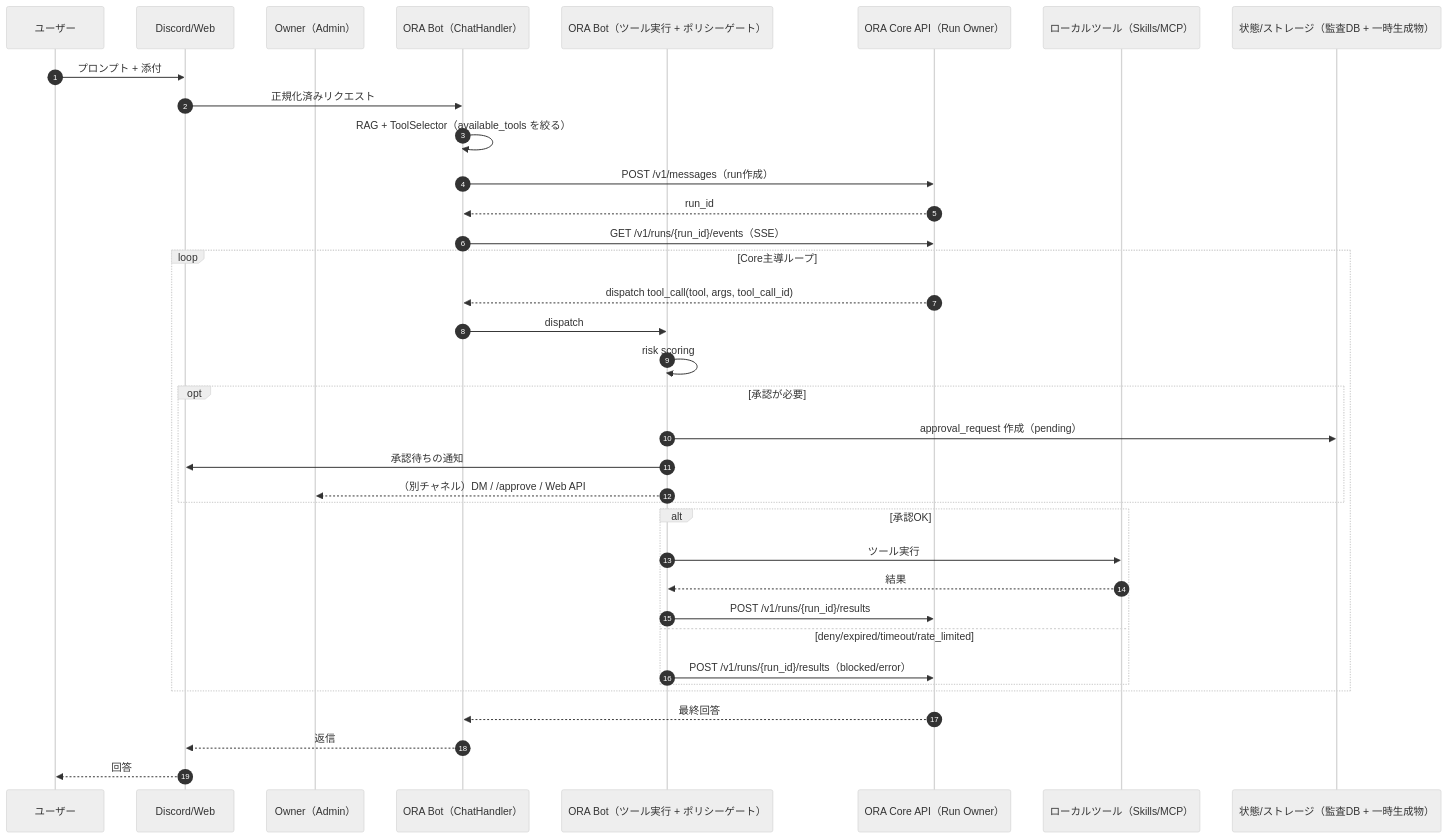
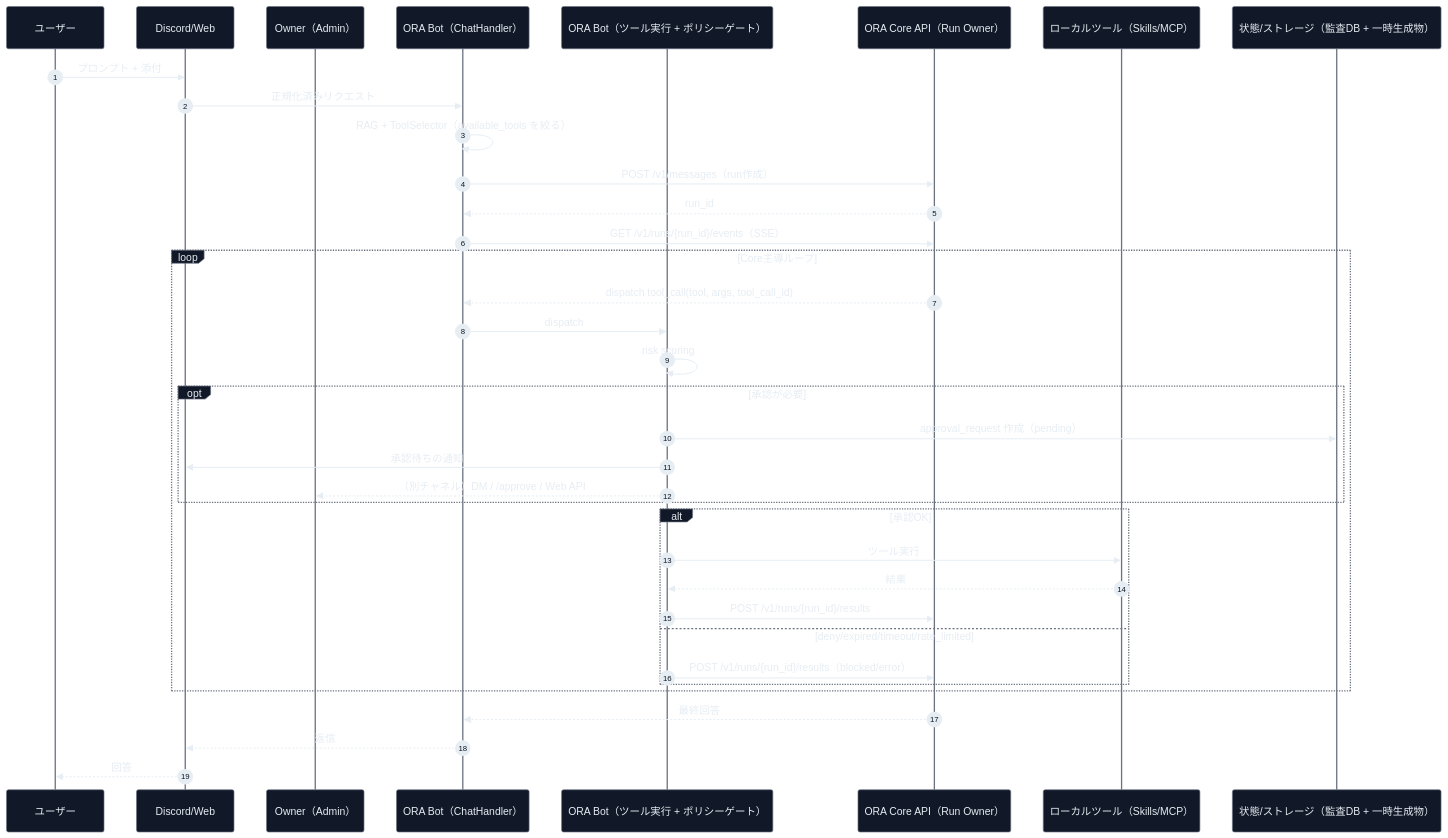
Before and after one commit to YoneRai12/YonerAI: the diagram in README_JP.md, drawn with Mermaid. The commit also changed 1 other file, not shown here.

Commit message:
docs: increase mermaid sequence diagram contrast

````diff
--- a/README_JP.md
+++ b/README_JP.md
@@ -192,42 +192,42 @@
 ```mermaid
-%%{init: {"theme":"neutral"}}%%
+%%{init: {"theme":"base","themeVariables":{"mainBkg":"#0d1117","textColor":"#e6edf3","lineColor":"#9ca3af","primaryColor":"#111827","primaryTextColor":"#e6edf3","primaryBorderColor":"#6b7280","actorBkg":"#111827","actorBorder":"#6b7280","actorTextColor":"#e6edf3","actorLineColor":"#6b7280","signalColor":"#e6edf3","signalTextColor":"#e6edf3","sequenceNumberBgColor":"#e6edf3","sequenceNumberColor":"#111827","labelBoxBkgColor":"#111827","labelBoxBorderColor":"#6b7280","labelTextColor":"#e6edf3","loopBkgColor":"#111827","loopBorderColor":"#6b7280","loopTextColor":"#e6edf3","noteBkgColor":"#111827","noteBorderColor":"#6b7280","noteTextColor":"#e6edf3","activationBkgColor":"#1f2937","activationBorderColor":"#6b7280","fontSize":"16px"}}}%%
 sequenceDiagram
     autonumber
     participant U as ユーザー
     participant P as Discord/Web
     participant O as Owner（Admin）
     participant CH as ORA Bot（ChatHandler）
     participant EX as ORA Bot（ツール実行 + ポリシーゲート）
     participant CORE as ORA Core API（Run Owner）
     participant LT as ローカルツール（Skills/MCP）
     participant ST as 状態/ストレージ（監査DB + 一時生成物）
 
     U->>P: プロンプト + 添付
     P->>CH: 正規化済みリクエスト
     CH->>CH: RAG + ToolSelector（available_tools を絞る）
     CH->>CORE: POST /v1/messages（run作成）
     CORE-->>CH: run_id
     CH->>CORE: GET /v1/runs/{run_id}/events（SSE）
 
     loop Core主導ループ
         CORE-->>CH: dispatch tool_call(tool, args, tool_call_id)
         CH->>EX: dispatch
         EX->>EX: risk scoring
         opt 承認が必要
             EX->>ST: approval_request 作成（pending）
             EX->>P: 承認待ちの通知
             EX-->>O: （別チャネル）DM / /approve / Web API
         end
         alt 承認OK
             EX->>LT: ツール実行
             LT-->>EX: 結果
             EX->>CORE: POST /v1/runs/{run_id}/results
         else deny/expired/timeout/rate_limited
             EX->>CORE: POST /v1/runs/{run_id}/results（blocked/error）
         end
     end
 
     CORE-->>CH: 最終回答
     CH-->>P: 返信
     P-->>U: 回答
 ```
````
